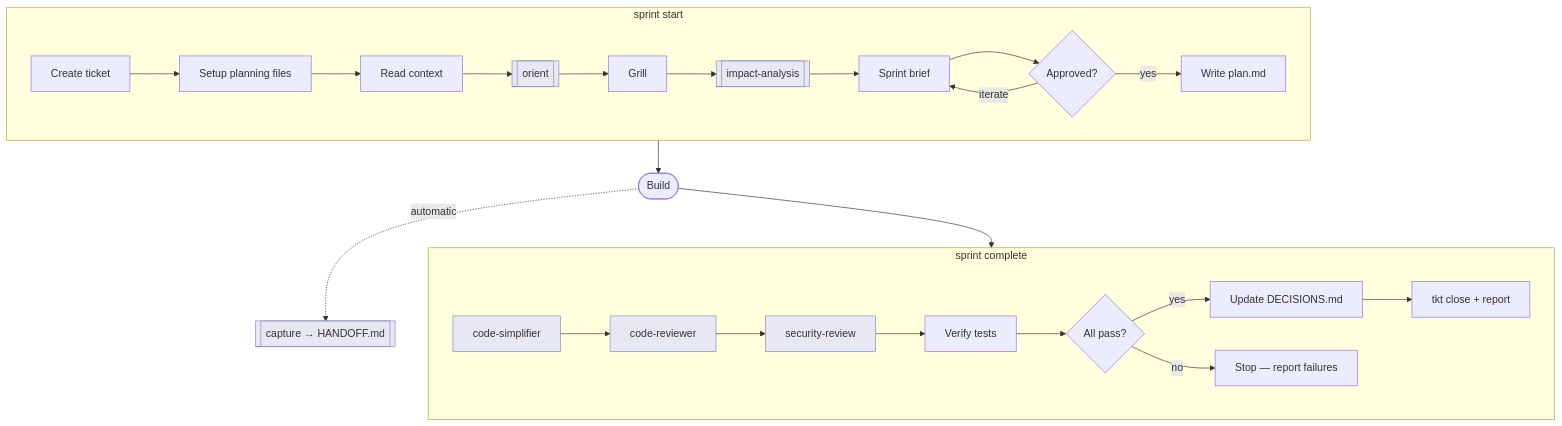
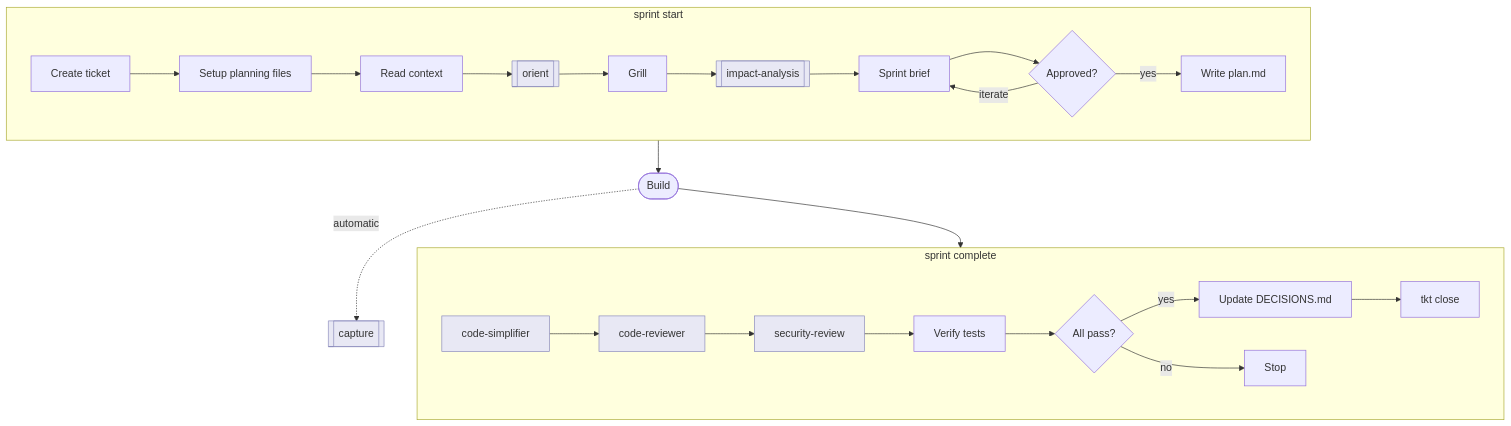
The diagram in README.md (sunitghub/canon-skills), drawn with Mermaid before and after one commit.

Commit message:
docs: fix Mermaid syntax error in sprint diagram
Remove Unicode arrow and em-dash from node labels -- Mermaid's lexer
mistook them for edge tokens. Break chained arrows into pairs and drop
quotes around subroutine shape labels.

````diff
--- a/README.md
+++ b/README.md
@@ -70,24 +70,34 @@
 ```mermaid
 flowchart TD
     subgraph START ["sprint start"]
         direction LR
-        S1[Create ticket] --> S2[Setup planning files] --> S3[Read context] --> S4[["orient"]] --> S5[Grill] --> S6[["impact-analysis"]] --> S7[Sprint brief] --> S8{Approved?}
+        S1[Create ticket] --> S2[Setup planning files]
+        S2 --> S3[Read context]
+        S3 --> S4[[orient]]
+        S4 --> S5[Grill]
+        S5 --> S6[[impact-analysis]]
+        S6 --> S7[Sprint brief]
+        S7 --> S8{Approved?}
         S8 -->|yes| S9[Write plan.md]
         S8 -->|iterate| S7
     end
 
     S9 --> BLD([Build])
-    BLD -.->|automatic| CAP[["capture → HANDOFF.md"]]
+    BLD -.->|automatic| CAP[[capture]]
 
     subgraph DONE ["sprint complete"]
         direction LR
-        W1[code-simplifier] --> W2[code-reviewer] --> W3[security-review] --> C1[Verify tests] --> C2{All pass?}
-        C2 -->|yes| C4[Update DECISIONS.md] --> C5[tkt close + report]
-        C2 -->|no| C3[Stop — report failures]
+        W1[code-simplifier] --> W2[code-reviewer]
+        W2 --> W3[security-review]
+        W3 --> C1[Verify tests]
+        C1 --> C2{All pass?}
+        C2 -->|yes| C4[Update DECISIONS.md]
+        C4 --> C5[tkt close]
+        C2 -->|no| C3[Stop]
     end
 
     BLD --> W1
 
     classDef subskill fill:#e8e8f4,stroke:#8888bb
     class S4,S6,CAP,W1,W2,W3 subskill
 ```
````
